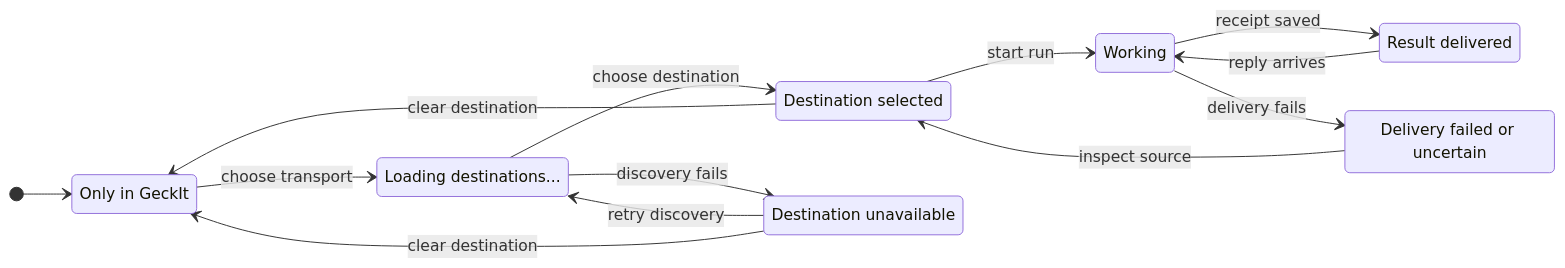
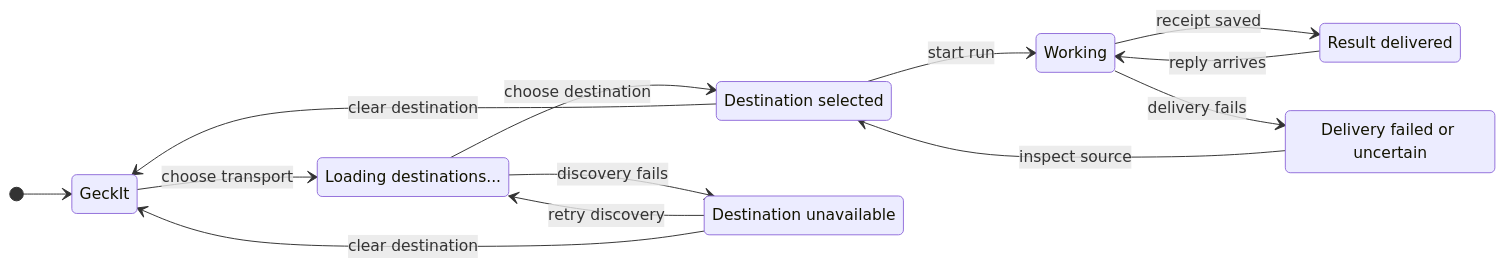
One commit to anetrebskii/geckit changed the diagram in docs/ux/shortcut-destinations.md. Above: the diagram before and after it, drawn with Mermaid. The commit also changed other lines of this file and 4 other files, not shown here.

````diff
--- a/docs/ux/shortcut-destinations.md
+++ b/docs/ux/shortcut-destinations.md
@@ -71,23 +71,23 @@
 ```mermaid
 stateDiagram-v2
   direction LR
-  state "Only in GeckIt" as Local
+  state "GeckIt" as Local
   state "Loading destinations..." as Loading
   state "Destination selected" as Selected
   state "Destination unavailable" as Unavailable
   state "Working" as Working
   state "Result delivered" as Delivered
   state "Delivery failed or uncertain" as Failed
   [*] --> Local
   Local --> Loading: choose transport
   Loading --> Selected: choose destination
   Loading --> Unavailable: discovery fails
   Unavailable --> Loading: retry discovery
   Unavailable --> Local: clear destination
   Selected --> Local: clear destination
   Selected --> Working: start run
   Working --> Delivered: receipt saved
   Working --> Failed: delivery fails
   Delivered --> Working: reply arrives
   Failed --> Selected: inspect source
 ```
````
